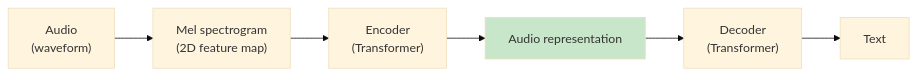
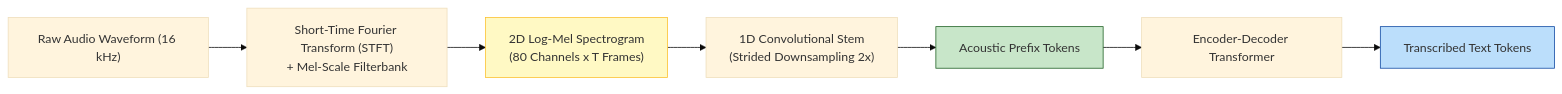
The fifth of 8 diagrams in en/chapters/14-multimodal.md (yingwang/thinking-in-llm), drawn with Mermaid (base theme) before and after one commit. The commit also changed other lines of this file and 31 other files, not shown here.

````diff
--- a/en/chapters/14-multimodal.md
+++ b/en/chapters/14-multimodal.md
@@ -291,10 +191,13 @@
 ```mermaid
 flowchart LR
-    Audio["Audio<br>(waveform)"] --> Spec["Mel spectrogram<br>(2D feature map)"]
-    Spec --> Enc["Encoder<br>(Transformer)"]
-    Enc --> Hid["Audio representation"]
-    Hid --> Dec["Decoder<br>(Transformer)"]
-    Dec --> Text["Text"]
+    Wave["Raw Audio Waveform (16 kHz)"] --> STFT["Short-Time Fourier Transform (STFT)<br/>+ Mel-Scale Filterbank"]
+    STFT --> MelSpec["2D Log-Mel Spectrogram<br/>(80 Channels x T Frames)"]
+    MelSpec --> ConvStem["1D Convolutional Stem<br/>(Strided Downsampling 2x)"]
+    ConvStem --> AudioTokens["Acoustic Prefix Tokens"]
+    AudioTokens --> Transformer["Encoder-Decoder Transformer"]
+    Transformer --> TextTokens["Transcribed Text Tokens"]
 
-    style Hid fill:#c8e6c9
+    style MelSpec fill:#fff9c4,stroke:#fbc02d
+    style AudioTokens fill:#c8e6c9,stroke:#1b5e20
+    style TextTokens fill:#bbdefb,stroke:#0d47a1
 ```
````
